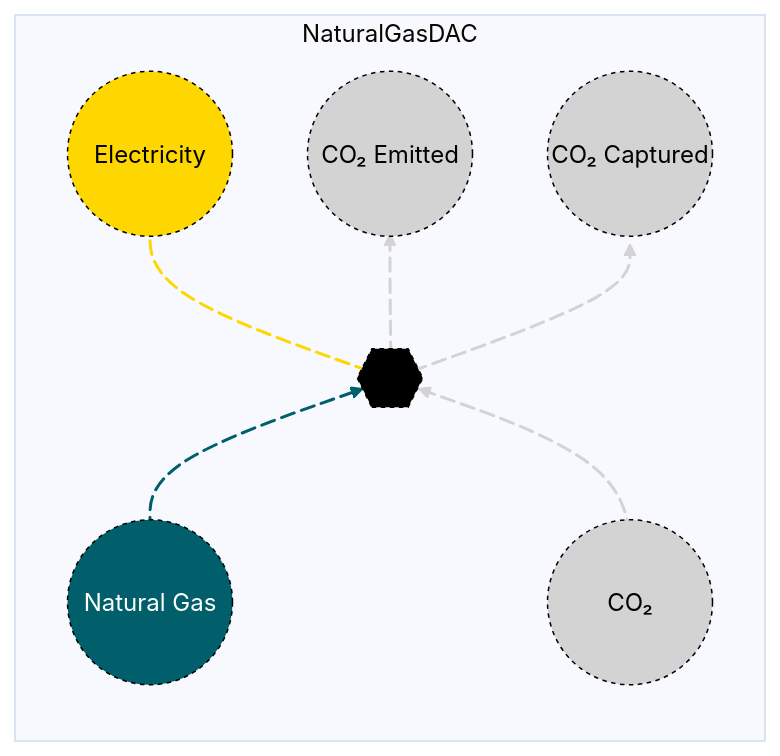
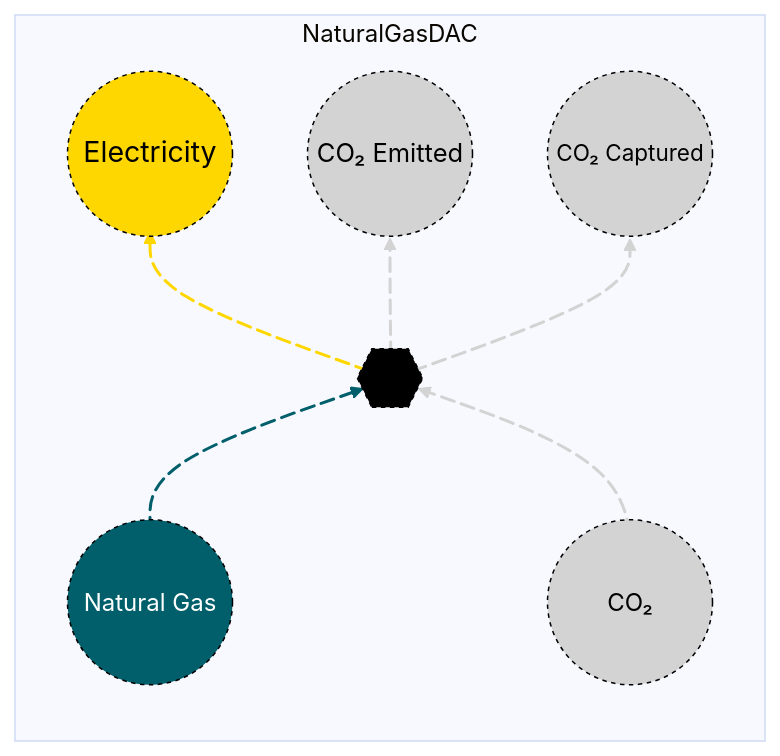
One commit to openmod-tracker/MacroEnergy.jl changed the diagram in docs/src/Manual/assets/natgasdaq.md. Above: the diagram before and after it, drawn with Mermaid. The commit also changed 12 other files, not shown here.

Commit message:
Fix Mermaid diagram rendering issues in asset library

````diff
--- a/docs/src/Manual/assets/natgasdaq.md
+++ b/docs/src/Manual/assets/natgasdaq.md
@@ -24,30 +24,30 @@
 ```mermaid
 %%{init: {'theme': 'base', 'themeVariables': { 'background': '#D1EBDE' }}}%%
 flowchart LR
   subgraph NaturalGasDAC
     direction BT
     A((Natural Gas)) e1@--> C{{..}}
     B((CO₂)) e2@--> C{{..}}
     C{{..}} e3@--> D((Electricity))
     C{{..}} e4@--> E((CO₂ Emitted))
     C{{..}} e5@--> F((CO₂ Captured))
     e1@{ animate: true }
     e2@{ animate: true }
     e3@{ animate: true }
     e4@{ animate: true }
     e5@{ animate: true }
   end
   
     style A r:55px,fill:#005F6A,stroke:black,color:white, stroke-dasharray: 3,5;
     style B r:55px,fill:lightgray,stroke:black,color:black, stroke-dasharray: 3,5;
     style C r:55px,fill:black,stroke:black,color:black, stroke-dasharray: 3,5;
-    style D r:55px,fill:#FFD700,stroke:black,color:black, stroke-dasharray: 3,5;
-    style E r:55px,fill:lightgray,stroke:black,color:black, stroke-dasharray: 3,5;
-    style F r:55px,fill:lightgray,stroke:black,color:black, stroke-dasharray: 3,5;
+    style D font-size:19px,r:55px,fill:#FFD700,stroke:black,color:black, stroke-dasharray: 3,5;
+    style E font-size:17px,r:55px,fill:lightgray,stroke:black,color:black, stroke-dasharray: 3,5;
+    style F font-size:15px,r:55px,fill:lightgray,stroke:black,color:black, stroke-dasharray: 3,5;
 
     linkStyle 0 stroke:#005F6A, stroke-width: 2px;
     linkStyle 1 stroke:lightgray, stroke-width: 2px;
     linkStyle 2 stroke:#FFD700, stroke-width: 2px;
     linkStyle 3 stroke:lightgray, stroke-width: 2px;
     linkStyle 4 stroke:lightgray, stroke-width: 2px;
 ```
````
